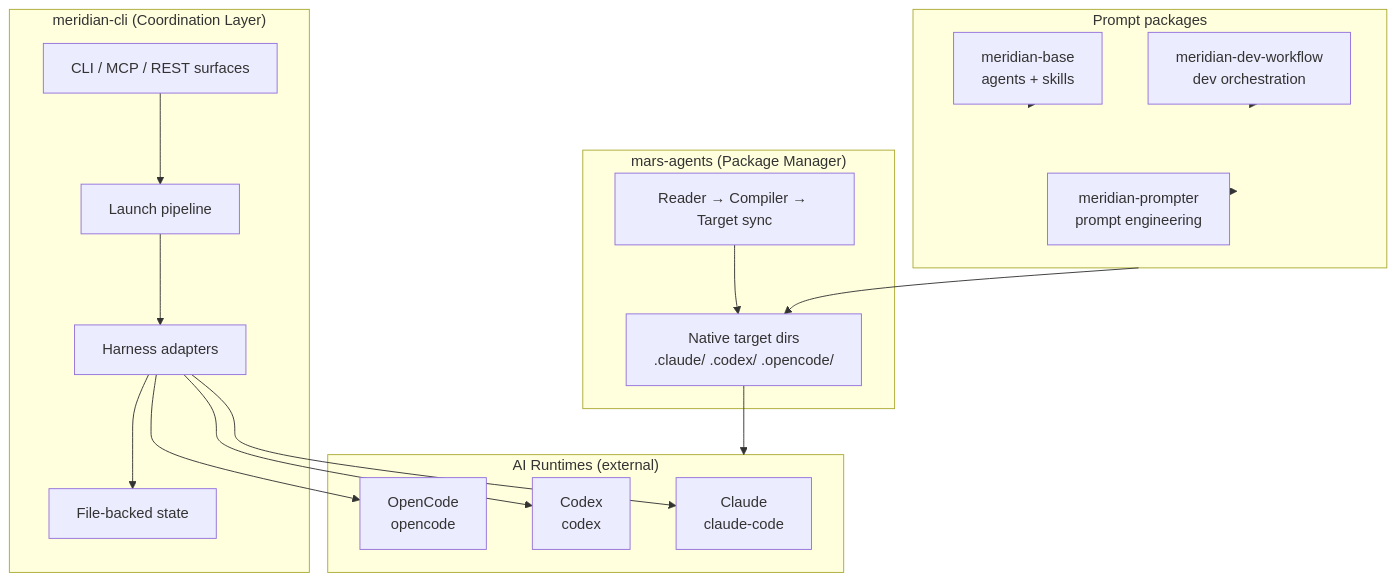
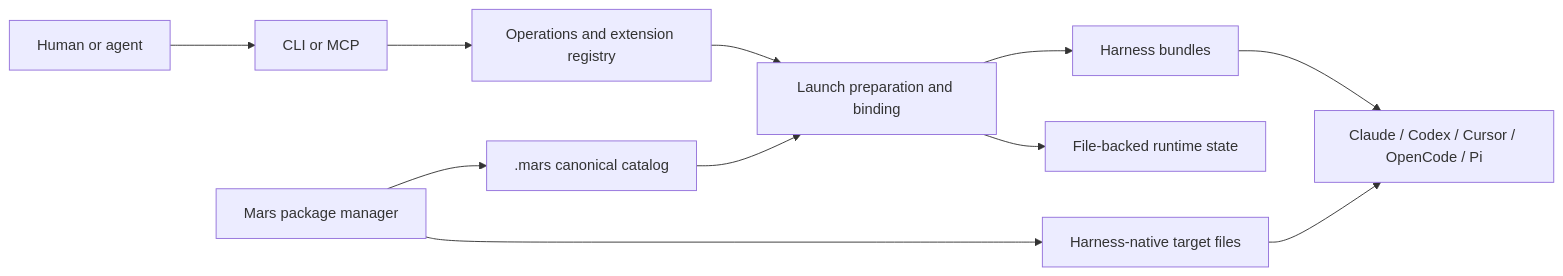
Before and after one commit to haowjy/meridian-cli-kb: the diagram in kb/overview.md, drawn with Mermaid. The commit also changed other lines of this file and 14 other files, not shown here.

````diff
--- a/kb/overview.md
+++ b/kb/overview.md
@@ -27,37 +10,13 @@
 ```mermaid
-graph TD
-    subgraph Coordination ["meridian-cli (Coordination Layer)"]
-        CLI[CLI / MCP / REST surfaces]
-        LAUNCH[Launch pipeline]
-        STATE[File-backed state]
-        HARNESS[Harness adapters]
-    end
-
-    subgraph Packages ["mars-agents (Package Manager)"]
-        MARS[Reader → Compiler → Target sync]
-        TARGETS[Native target dirs<br/>.claude/ .codex/ .opencode/]
-    end
-
-    subgraph Prompts ["Prompt packages"]
-        BASE[meridian-base<br/>agents + skills]
-        DEV[meridian-dev-workflow<br/>dev orchestration]
-        PROMPTER[meridian-prompter<br/>prompt engineering]
-    end
-
-    subgraph Runtimes ["AI Runtimes (external)"]
-        CLAUDE[Claude<br/>claude-code]
-        CODEX[Codex<br/>codex]
-        OPENCODE[OpenCode<br/>opencode]
-    end
-
-    CLI --> LAUNCH
-    LAUNCH --> HARNESS
-    HARNESS --> CLAUDE & CODEX & OPENCODE
-    HARNESS --> STATE
-    MARS --> TARGETS
-    TARGETS --> Runtimes
-    BASE --> Prompts
-    DEV --> Prompts
-    PROMPTER --> Prompts
-    Prompts --> TARGETS
+graph LR
+    U[Human or agent] --> S[CLI or MCP]
+    S --> O[Operations and extension registry]
+    O --> L[Launch preparation and binding]
+    L --> H[Harness bundles]
+    H --> R[Claude / Codex / Cursor / OpenCode / Pi]
+    L --> ST[File-backed runtime state]
+    M[Mars package manager] --> C[.mars canonical catalog]
+    M --> N[Harness-native target files]
+    C --> L
+    N --> R
 ```
````
